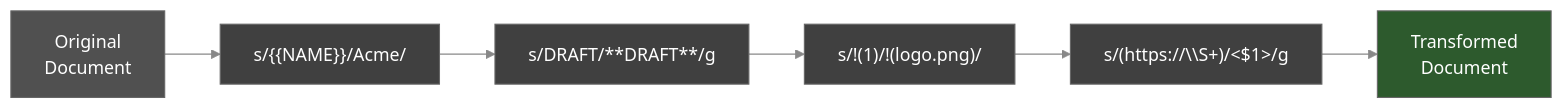
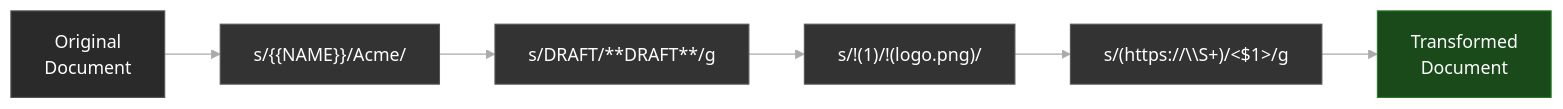
One commit to visionik/sedmat changed the eighth of 8 diagrams in README.md. Above: the diagram before and after it, drawn with Mermaid. The commit also changed other lines of this file, not shown here.

First line of the commit message:
style: update Mermaid diagrams with darker theme

````diff
--- a/README.md
+++ b/README.md
@@ -802,12 +802,12 @@
 ```mermaid
-%%{init: {'theme': 'base', 'themeVariables': { 'primaryColor': '#404040', 'primaryTextColor': '#ffffff', 'primaryBorderColor': '#666666', 'lineColor': '#888888', 'secondaryColor': '#505050', 'tertiaryColor': '#333333', 'background': '#1a1a1a' }}}%%
+%%{init: {'theme': 'base', 'themeVariables': { 'primaryColor': '#333333', 'primaryTextColor': '#ffffff', 'primaryBorderColor': '#555555', 'lineColor': '#aaaaaa', 'secondaryColor': '#2a2a2a', 'tertiaryColor': '#222222', 'background': '#111111', 'edgeLabelBackground': '#222222' }}}%%
 flowchart LR
     DOC[Original<br/>Document] --> E1["s/{{NAME}}/Acme/"]
     E1 --> E2["s/DRAFT/**DRAFT**/g"]
     E2 --> E3["s/!#40;1#41;/!#40;logo.png#41;/"]
     E3 --> E4["s/#40;https://\\S+#41;/#60;$1#62;/g"]
     E4 --> OUT[Transformed<br/>Document]
     
-    style DOC fill:#505050,color:#ffffff
-    style OUT fill:#2d5a2d,color:#ffffff
+    style DOC fill:#2a2a2a,color:#ffffff,stroke:#555555
+    style OUT fill:#1a4a1a,color:#ffffff,stroke:#2a7a2a
 ```
````
